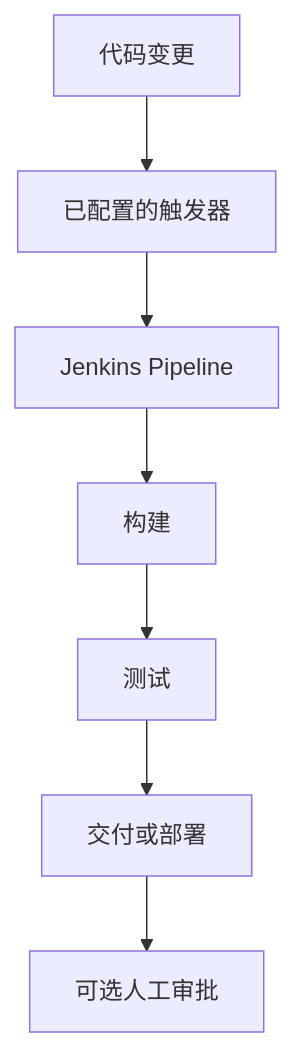
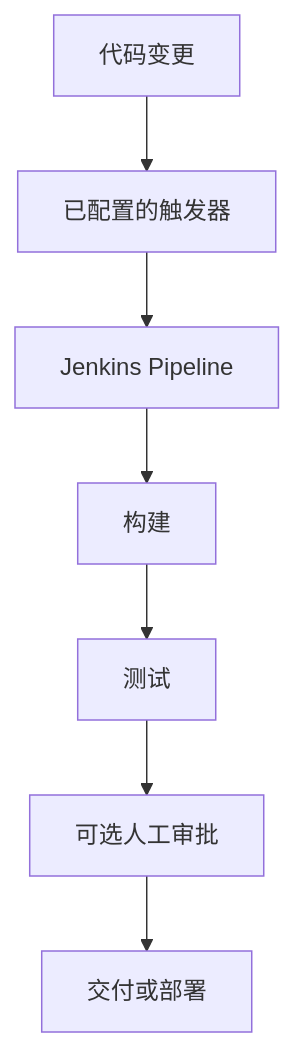
One commit to ImChong/Robotics_Notebooks changed the first of 2 diagrams in wiki/entities/jenkins.md. Above: the diagram before and after it, drawn with Mermaid.

Commit message:
docs(wiki): 完善 Jenkins 流程与关联

````diff
--- a/wiki/entities/jenkins.md
+++ b/wiki/entities/jenkins.md
@@ -37,9 +37,9 @@
 ```mermaid
 flowchart TD
   A["代码变更"] --> B["已配置的触发器"]
   B --> C["Jenkins Pipeline"]
   C --> D["构建"]
   D --> E["测试"]
-  E --> F["交付或部署"]
-  F --> G["可选人工审批"]
+  E --> G["可选人工审批"]
+  G --> F["交付或部署"]
 ```
````
